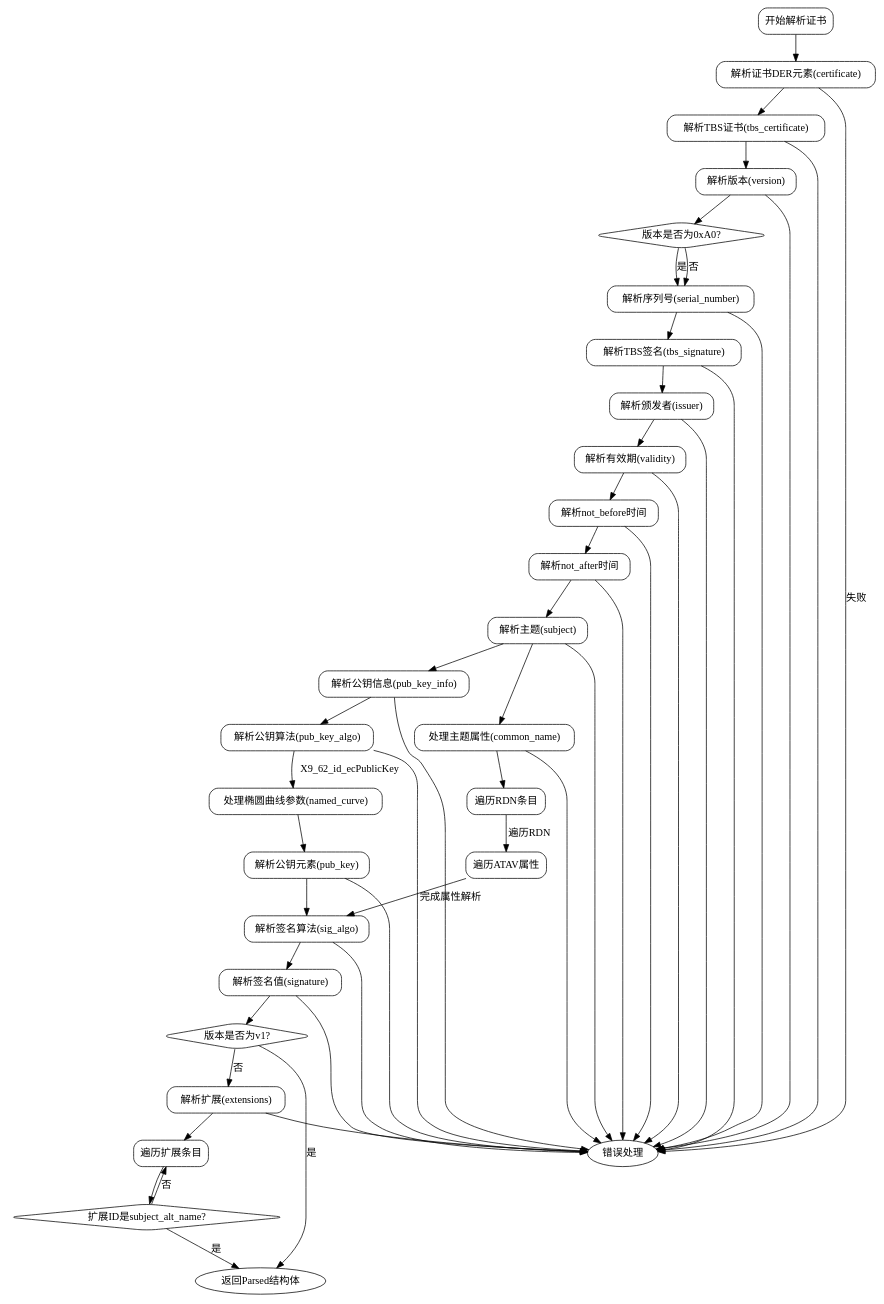
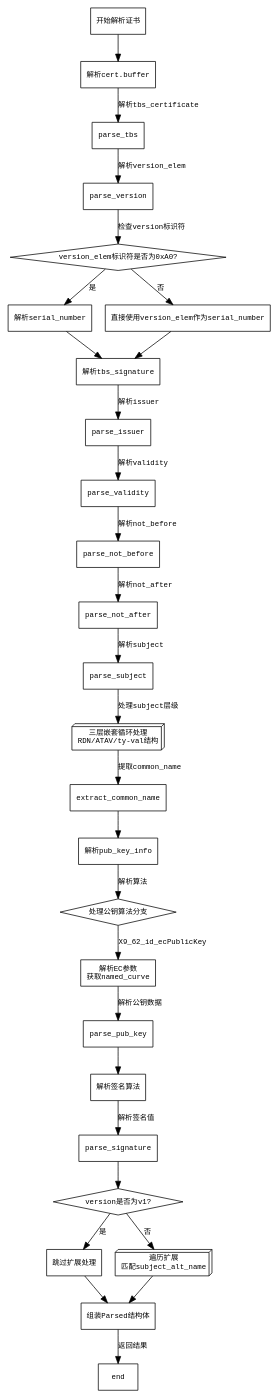
One commit to sdzx-1/deepseek-zig-reader changed the diagram in dot_std/crypto/Certificate.zig.parse.md. Above: the diagram before and after it, drawn with Graphviz. The commit also changed other lines of this file and 236 other files, not shown here.

````diff
--- a/dot_std/crypto/Certificate.zig.parse.md
+++ b/dot_std/crypto/Certificate.zig.parse.md
@@ -33,75 +13,62 @@
-```graphviz
-digraph parse_certificate_flowchart {
-    node [shape=rectangle, style=rounded];
+```dot
+digraph parse_flow {
+    node [shape=rectangle, fontname="Courier", fontsize=10];
+    edge [fontname="Courier", fontsize=10];
+
     start [label="开始解析证书"];
-    parse_cert [label="解析证书DER元素(certificate)"];
-    parse_tbs [label="解析TBS证书(tbs_certificate)"];
-    parse_version [label="解析版本(version)"];
-    check_version [label="版本是否为0xA0?" shape=diamond];
-    parse_serial [label="解析序列号(serial_number)"];
-    parse_tbs_sig [label="解析TBS签名(tbs_signature)"];
-    parse_issuer [label="解析颁发者(issuer)"];
-    parse_validity [label="解析有效期(validity)"];
-    parse_not_before [label="解析not_before时间"];
-    parse_not_after [label="解析not_after时间"];
-    parse_subject [label="解析主题(subject)"];
-    parse_pub_key [label="解析公钥信息(pub_key_info)"];
-    parse_pub_algo [label="解析公钥算法(pub_key_algo)"];
-    handle_ec [label="处理椭圆曲线参数(named_curve)" shape=box];
-    parse_pub_key_elem [label="解析公钥元素(pub_key)"];
-    process_subject [label="处理主题属性(common_name)"];
-    loop_rdn [label="遍历RDN条目" shape=box];
-    loop_atav [label="遍历ATAV属性" shape=box];
-    parse_sig_algo [label="解析签名算法(sig_algo)"];
-    parse_signature [label="解析签名值(signature)"];
-    check_v1 [label="版本是否为v1?" shape=diamond];
-    parse_extensions [label="解析扩展(extensions)"];
-    loop_extensions [label="遍历扩展条目" shape=box];
-    check_ext_id [label="扩展ID是subject_alt_name?" shape=diamond];
-    return_result [label="返回Parsed结构体"];
-    error [label="错误处理" shape=ellipse];
+    parse_cert [label="解析cert.buffer"];
+    parse_cert -> parse_tbs [label="解析tbs_certificate"];
+    parse_tbs -> parse_version [label="解析version_elem"];
+    parse_version -> check_version_tag [label="检查version标识符"];
 
-    start -> parse_cert -> parse_tbs -> parse_version;
-    parse_version -> check_version;
-    check_version -> parse_serial [label="是"];
-    check_version -> parse_serial [label="否"];
-    parse_serial -> parse_tbs_sig -> parse_issuer -> parse_validity;
-    parse_validity -> parse_not_before -> parse_not_after -> parse_subject;
-    parse_subject -> process_subject;
-    process_subject -> loop_rdn;
-    loop_rdn -> loop_atav [label="遍历RDN"];
-    loop_atav -> parse_sig_algo [label="完成属性解析"];
-    parse_subject -> parse_pub_key;
-    parse_pub_key -> parse_pub_algo;
-    parse_pub_algo -> handle_ec [label="X9_62_id_ecPublicKey"];
-    handle_ec -> parse_pub_key_elem;
-    parse_pub_key_elem -> parse_sig_algo;
-    parse_sig_algo -> parse_signature -> check_v1;
-    check_v1 -> parse_extensions [label="否"];
-    check_v1 -> return_result [label="是"];
-    parse_extensions -> loop_extensions;
-    loop_extensions -> check_ext_id;
-    check_ext_id -> loop_extensions [label="否"];
-    check_ext_id -> return_result [label="是"];
-    return_result [shape=ellipse];
+    check_version_tag [shape=diamond, label="version_elem标识符是否为0xA0?"];
+    check_version_tag -> parse_serial_number [label="是"];
+    check_version_tag -> use_version_elem [label="否"];
 
-    // 错误处理路径
-    parse_cert -> error [label="失败"];
-    parse_tbs -> error;
-    parse_version -> error;
-    parse_serial -> error;
-    parse_tbs_sig -> error;
-    parse_issuer -> error;
-    parse_validity -> error;
-    parse_not_before -> error;
-    parse_not_after -> error;
-    parse_subject -> error;
-    parse_pub_key -> error;
-    parse_pub_algo -> error;
-    parse_pub_key_elem -> error;
-    process_subject -> error;
-    parse_sig_algo -> error;
-    parse_signature -> error;
-    parse_extensions -> error;
+    parse_serial_number [label="解析serial_number"];
+    use_version_elem [label="直接使用version_elem作为serial_number"];
+    parse_serial_number -> parse_tbs_signature;
+    use_version_elem -> parse_tbs_signature;
+
+    parse_tbs_signature [label="解析tbs_signature"];
+    parse_tbs_signature -> parse_issuer [label="解析issuer"];
+    parse_issuer -> parse_validity [label="解析validity"];
+    
+    parse_validity -> parse_not_before [label="解析not_before"];
+    parse_not_before -> parse_not_after [label="解析not_after"];
+    parse_not_after -> parse_subject [label="解析subject"];
+
+    parse_subject -> process_subject [label="处理subject层级"];
+    process_subject [shape=box3d, label="三层嵌套循环处理\nRDN/ATAV/ty-val结构"];
+    process_subject -> extract_common_name [label="提取common_name"];
+
+    parse_pub_key_info [label="解析pub_key_info"];
+    extract_common_name -> parse_pub_key_info;
+    parse_pub_key_info -> parse_pub_key_algo [label="解析算法"];
+    
+    parse_pub_key_algo [shape=diamond, label="处理公钥算法分支"];
+    parse_pub_key_algo -> parse_ec_params [label="X9_62_id_ecPublicKey"];
+    parse_ec_params [label="解析EC参数\n获取named_curve"];
+    parse_ec_params -> parse_pub_key [label="解析公钥数据"];
+    
+    parse_sig_algo [label="解析签名算法"];
+    parse_pub_key -> parse_sig_algo;
+    parse_sig_algo -> parse_signature [label="解析签名值"];
+
+    check_extensions [shape=diamond, label="version是否为v1?"];
+    parse_signature -> check_extensions;
+    check_extensions -> skip_extensions [label="是"];
+    check_extensions -> process_extensions [label="否"];
+    
+    process_extensions [shape=box3d, label="遍历扩展\n匹配subject_alt_name"];
+    process_extensions -> collect_results;
+
+    skip_extensions [label="跳过扩展处理"];
+    skip_extensions -> collect_results;
+
+    collect_results [label="组装Parsed结构体"];
+    collect_results -> end [label="返回结果"];
+
+    start -> parse_cert;
 }
 ``` 
````
